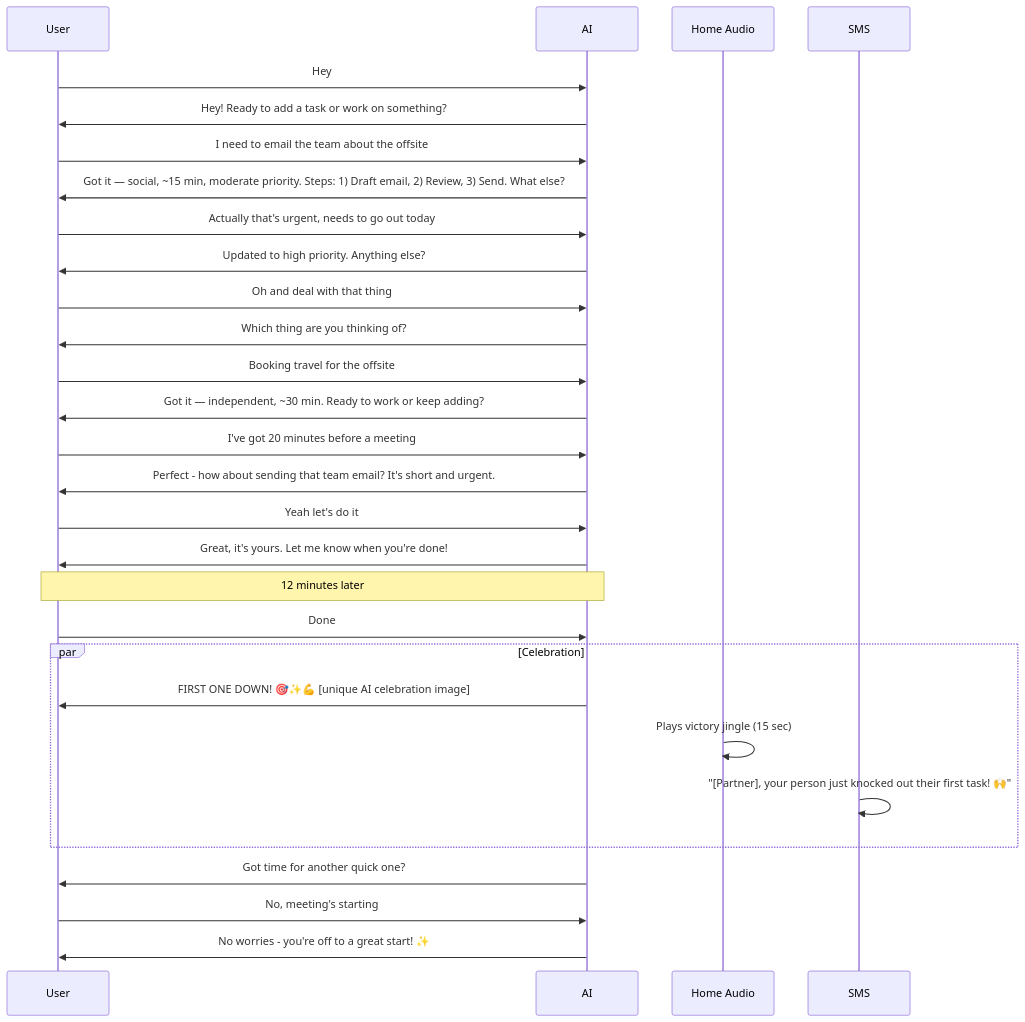
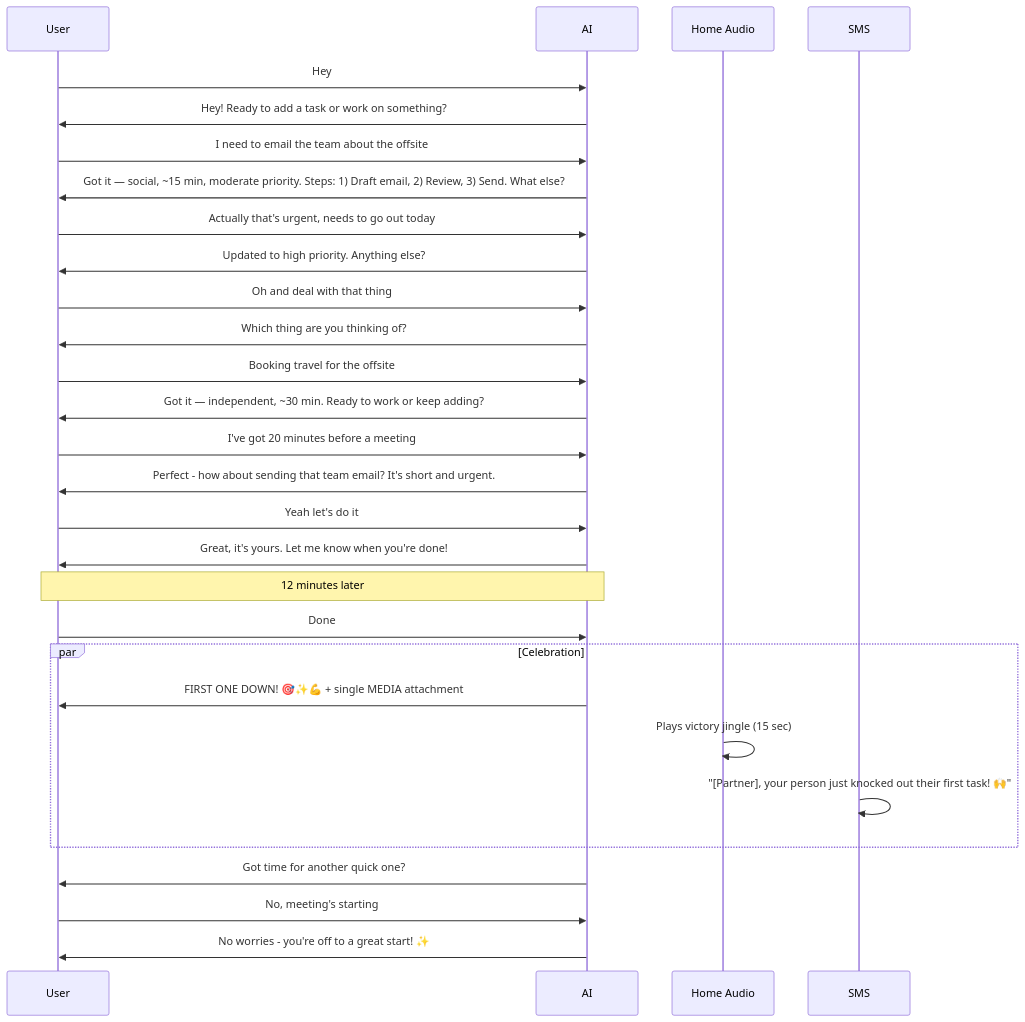
One commit to NickBorgersProbably/hide-my-list changed diagram 27 of 28 in docs/user-interactions.md. Above: the diagram before and after it, drawn with Mermaid. The commit also changed other lines of this file and 2 other files, not shown here.

````diff
--- a/docs/user-interactions.md
+++ b/docs/user-interactions.md
@@ -912,39 +912,39 @@
 ```mermaid
 sequenceDiagram
     participant U as User
     participant AI as AI
     participant HA as Home Audio
     participant SMS as SMS
 
     U->>AI: Hey
     AI->>U: Hey! Ready to add a task or work on something?
 
     U->>AI: I need to email the team about the offsite
     AI->>U: Got it — social, ~15 min, moderate priority. Steps: 1) Draft email, 2) Review, 3) Send. What else?
     U->>AI: Actually that's urgent, needs to go out today
     AI->>U: Updated to high priority. Anything else?
 
     U->>AI: Oh and deal with that thing
     AI->>U: Which thing are you thinking of?
     U->>AI: Booking travel for the offsite
     AI->>U: Got it — independent, ~30 min. Ready to work or keep adding?
 
     U->>AI: I've got 20 minutes before a meeting
     AI->>U: Perfect - how about sending that team email? It's short and urgent.
     U->>AI: Yeah let's do it
     AI->>U: Great, it's yours. Let me know when you're done!
 
     Note over U,AI: 12 minutes later
 
     U->>AI: Done
 
     par Celebration
-        AI->>U: FIRST ONE DOWN! 🎯✨💪 [unique AI celebration image]
+        AI->>U: FIRST ONE DOWN! 🎯✨💪 + single MEDIA attachment
         HA->>HA: Plays victory jingle (15 sec)
         SMS->>SMS: "[Partner], your person just knocked out their first task! 🙌"
     end
 
     AI->>U: Got time for another quick one?
     U->>AI: No, meeting's starting
     AI->>U: No worries - you're off to a great start! ✨
 ```
````
